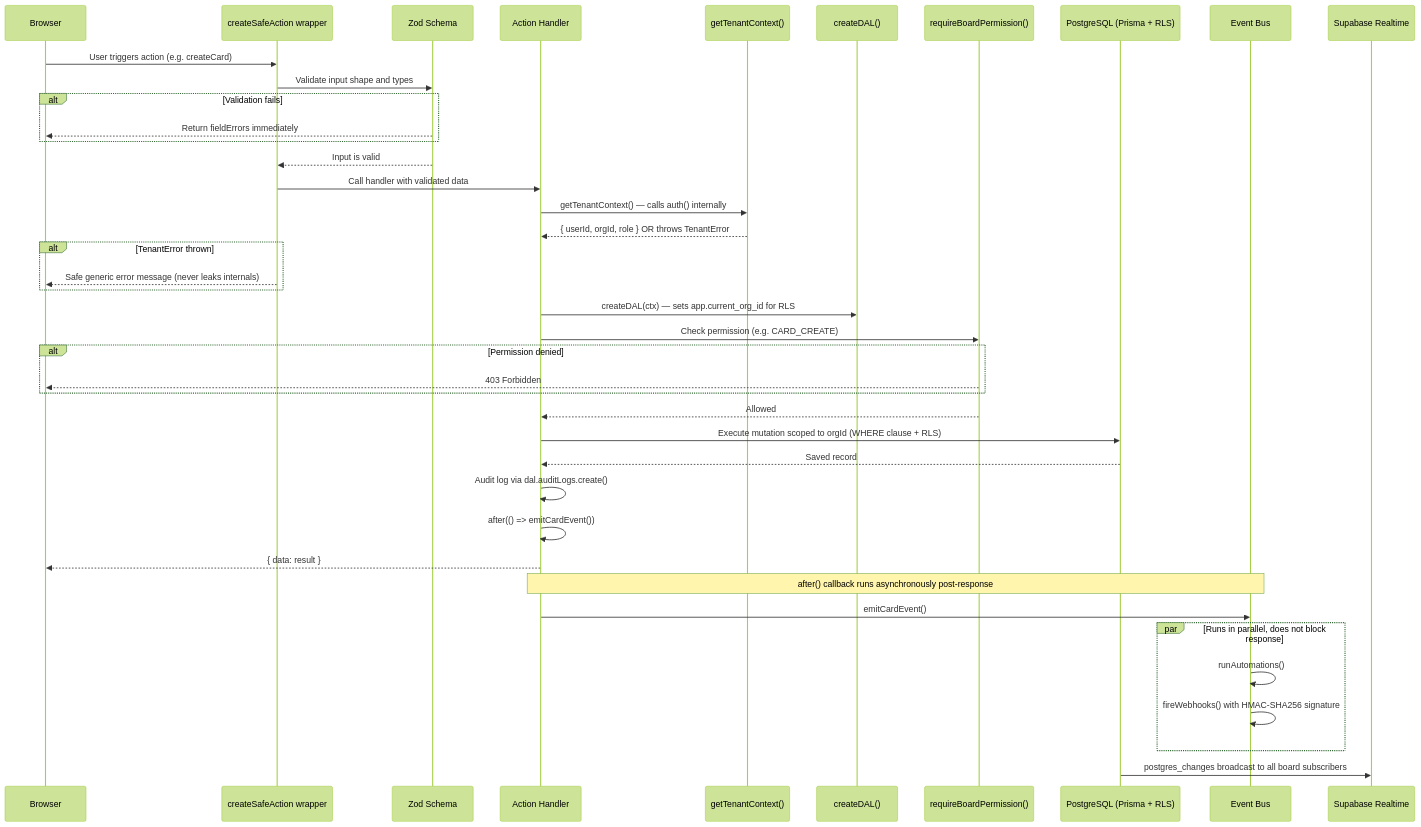
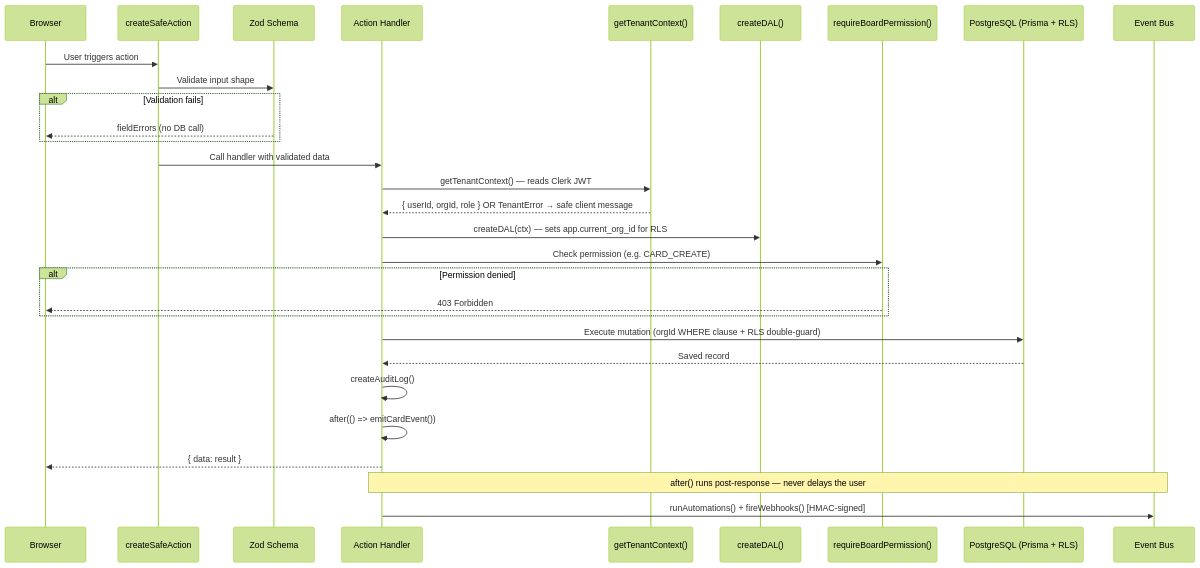
The third of 5 diagrams in README.md (viraj1011JAIN/Nexus), drawn with Mermaid (forest theme) before and after one commit. The commit also changed other lines of this file, not shown here.

````diff
--- a/README.md
+++ b/README.md
@@ -3240,44 +1244,33 @@
 ```mermaid
 sequenceDiagram
     participant Client as Browser
-    participant CSA as createSafeAction wrapper
+    participant CSA as createSafeAction
     participant ZOD as Zod Schema
     participant Handler as Action Handler
     participant TC as getTenantContext()
     participant DAL as createDAL()
     participant RBAC as requireBoardPermission()
     participant DB as PostgreSQL (Prisma + RLS)
     participant EB as Event Bus
-    participant RT as Supabase Realtime
 
-    Client->>CSA: User triggers action (e.g. createCard)
-    CSA->>ZOD: Validate input shape and types
+    Client->>CSA: User triggers action
+    CSA->>ZOD: Validate input shape
     alt Validation fails
-        ZOD-->>Client: Return fieldErrors immediately
+        ZOD-->>Client: fieldErrors (no DB call)
     end
-    ZOD-->>CSA: Input is valid
     CSA->>Handler: Call handler with validated data
-    Handler->>TC: getTenantContext() — calls auth() internally
-    TC-->>Handler: { userId, orgId, role } OR throws TenantError
-    alt TenantError thrown
-        CSA-->>Client: Safe generic error message (never leaks internals)
-    end
+    Handler->>TC: getTenantContext() — reads Clerk JWT
+    TC-->>Handler: { userId, orgId, role } OR TenantError → safe client message
     Handler->>DAL: createDAL(ctx) — sets app.current_org_id for RLS
     Handler->>RBAC: Check permission (e.g. CARD_CREATE)
     alt Permission denied
         RBAC-->>Client: 403 Forbidden
     end
-    RBAC-->>Handler: Allowed
-    Handler->>DB: Execute mutation scoped to orgId (WHERE clause + RLS)
+    Handler->>DB: Execute mutation (orgId WHERE clause + RLS double-guard)
     DB-->>Handler: Saved record
-    Handler->>Handler: Audit log via dal.auditLogs.create()
+    Handler->>Handler: createAuditLog()
     Handler->>Handler: after(() => emitCardEvent())
     Handler-->>Client: { data: result }
-    Note over Handler,EB: after() callback runs asynchronously post-response
-    Handler->>EB: emitCardEvent()
-    par Runs in parallel, does not block response
-        EB->>EB: runAutomations()
-        EB->>EB: fireWebhooks() with HMAC-SHA256 signature
-    end
-    DB->>RT: postgres_changes broadcast to all board subscribers
+    Note over Handler,EB: after() runs post-response — never delays the user
+    Handler->>EB: runAutomations() + fireWebhooks() [HMAC-signed]
 ```
````
